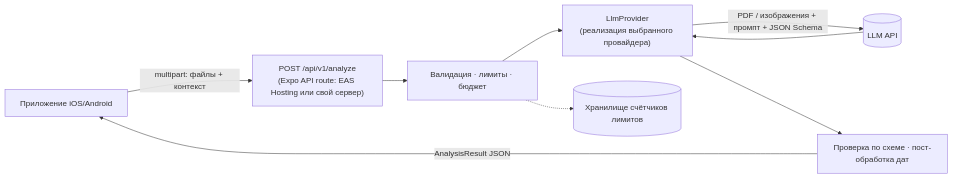
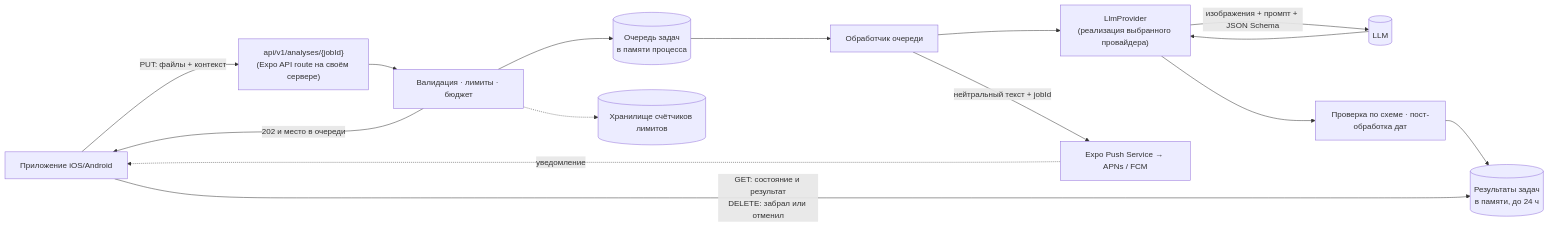
One commit to maximstanciu/document-navigator-app changed the third of 3 diagrams in docs/SPEC.md. Above: the diagram before and after it, drawn with Mermaid. The commit also changed other lines of this file and 57 other files, not shown here.

````diff
--- a/docs/SPEC.md
+++ b/docs/SPEC.md
@@ -357,11 +370,17 @@
 ```mermaid
 flowchart LR
-  App[Приложение iOS/Android] -->|"multipart: файлы + контекст"| Route["POST /api/v1/analyze<br/>(Expo API route: EAS Hosting или свой сервер)"]
+  App[Приложение iOS/Android] -->|"PUT: файлы + контекст"| Route["api/v1/analyses/{jobId}<br/>(Expo API route на своём сервере)"]
   Route --> Guard[Валидация · лимиты · бюджет]
-  Guard --> Provider["LlmProvider<br/>(реализация выбранного провайдера)"]
-  Provider -->|"PDF / изображения + промпт + JSON Schema"| LLM[(LLM API)]
+  Guard -->|202 и место в очереди| App
+  Guard --> Queue[(Очередь задач<br/>в памяти процесса)]
+  Queue --> Worker[Обработчик очереди]
+  Worker --> Provider["LlmProvider<br/>(реализация выбранного провайдера)"]
+  Provider -->|"изображения + промпт + JSON Schema"| LLM[(LLM)]
   LLM --> Provider
   Provider --> Validate[Проверка по схеме · пост-обработка дат]
-  Validate -->|AnalysisResult JSON| App
+  Validate --> Jobs[(Результаты задач<br/>в памяти, до 24 ч)]
+  Worker -->|"нейтральный текст + jobId"| Push[Expo Push Service → APNs / FCM]
+  Push -.->|уведомление| App
+  App -->|"GET: состояние и результат<br/>DELETE: забрал или отменил"| Jobs
   Guard -.-> RL[(Хранилище счётчиков лимитов)]
 ```
````
